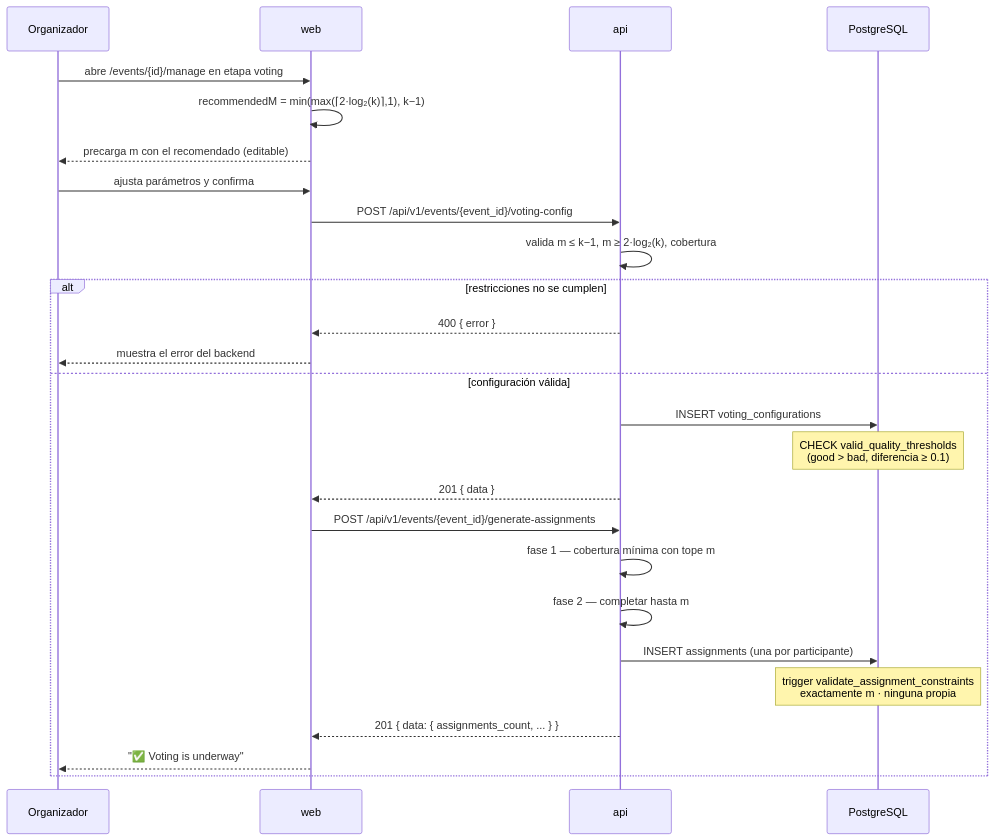
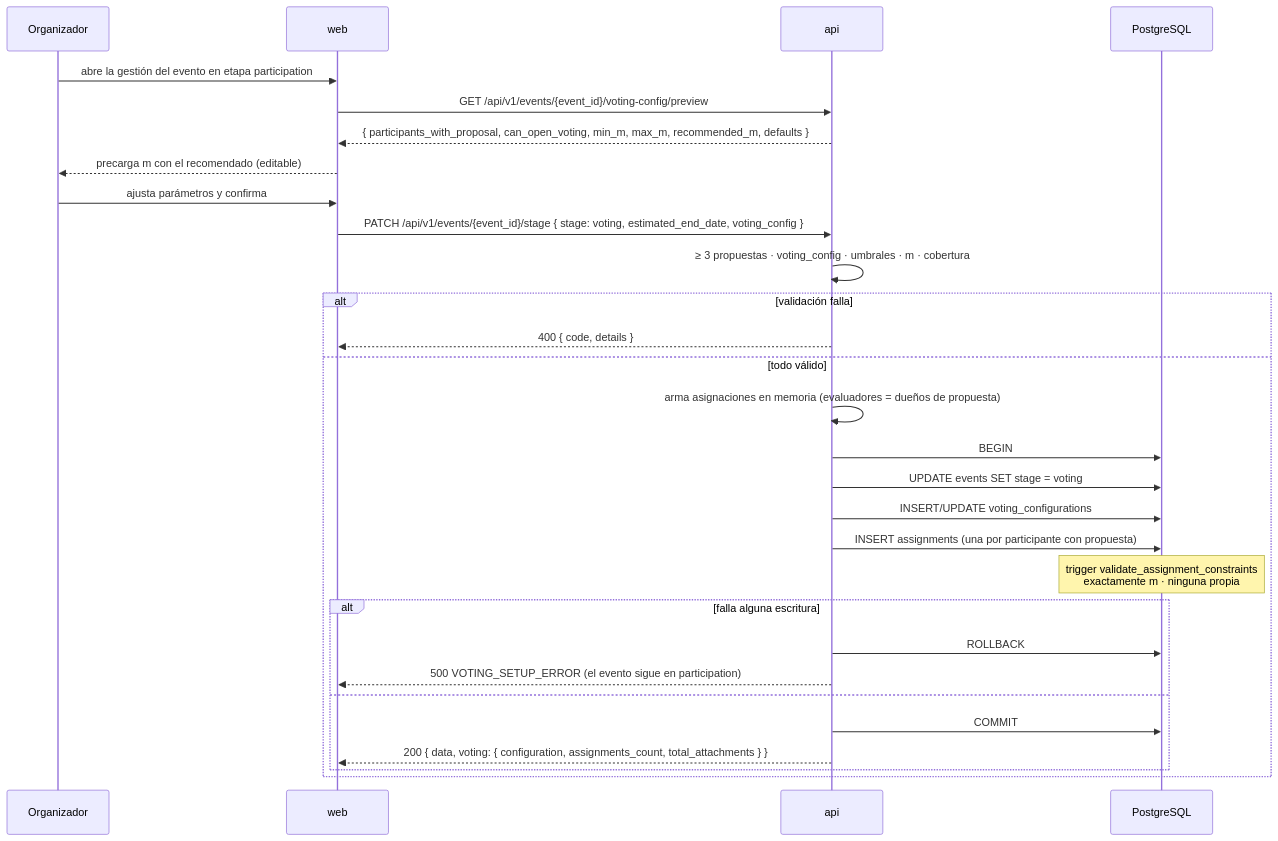
One commit to gravadigital/telescope changed the diagram in docs/flows/configuracion-y-generacion-de-asignaciones.md. Above: the diagram before and after it, drawn with Mermaid. The commit also changed other lines of this file and 30 other files, not shown here.

````diff
--- a/docs/flows/configuracion-y-generacion-de-asignaciones.md
+++ b/docs/flows/configuracion-y-generacion-de-asignaciones.md
@@ -51,31 +50,33 @@
 ```mermaid
 sequenceDiagram
     participant O as Organizador
     participant WEB as web
     participant API as api
     participant DB as PostgreSQL
 
-    O->>WEB: abre /events/{id}/manage en etapa voting
-    WEB->>WEB: recommendedM = min(max(⌈2·log₂(k)⌉,1), k−1)
+    O->>WEB: abre la gestión del evento en etapa participation
+    WEB->>API: GET /api/v1/events/{event_id}/voting-config/preview
+    API-->>WEB: { participants_with_proposal, can_open_voting, min_m, max_m, recommended_m, defaults }
     WEB-->>O: precarga m con el recomendado (editable)
 
     O->>WEB: ajusta parámetros y confirma
-    WEB->>API: POST /api/v1/events/{event_id}/voting-config
-    API->>API: valida m ≤ k−1, m ≥ 2·log₂(k), cobertura
-    alt restricciones no se cumplen
-        API-->>WEB: 400 { error }
-        WEB-->>O: muestra el error del backend
-    else configuración válida
-        API->>DB: INSERT voting_configurations
-        Note over DB: CHECK valid_quality_thresholds<br/>(good > bad, diferencia ≥ 0.1)
-        API-->>WEB: 201 { data }
-
-        WEB->>API: POST /api/v1/events/{event_id}/generate-assignments
-        API->>API: fase 1 — cobertura mínima con tope m
-        API->>API: fase 2 — completar hasta m
-        API->>DB: INSERT assignments (una por participante)
+    WEB->>API: PATCH /api/v1/events/{event_id}/stage { stage: voting, estimated_end_date, voting_config }
+    API->>API: ≥ 3 propuestas · voting_config · umbrales · m · cobertura
+    alt validación falla
+        API-->>WEB: 400 { code, details }
+    else todo válido
+        API->>API: arma asignaciones en memoria (evaluadores = dueños de propuesta)
+        API->>DB: BEGIN
+        API->>DB: UPDATE events SET stage = voting
+        API->>DB: INSERT/UPDATE voting_configurations
+        API->>DB: INSERT assignments (una por participante con propuesta)
         Note over DB: trigger validate_assignment_constraints<br/>exactamente m · ninguna propia
-        API-->>WEB: 201 { data: { assignments_count, ... } }
-        WEB-->>O: "✅ Voting is underway"
+        alt falla alguna escritura
+            API->>DB: ROLLBACK
+            API-->>WEB: 500 VOTING_SETUP_ERROR (el evento sigue en participation)
+        else
+            API->>DB: COMMIT
+            API-->>WEB: 200 { data, voting: { configuration, assignments_count, total_attachments } }
+        end
     end
 ```
````
